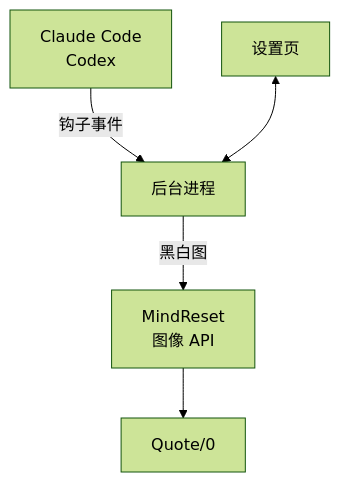
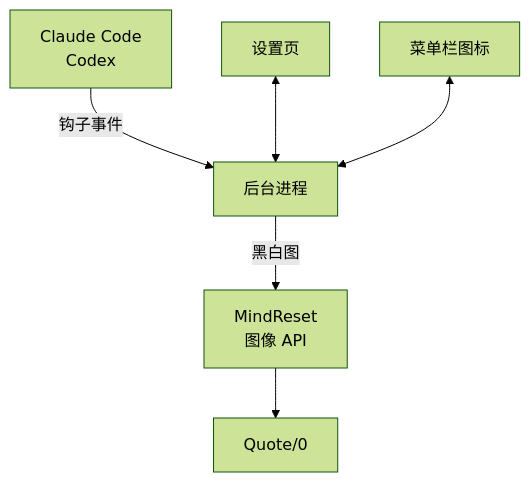
The diagram in README.md (realruian/quote0-agent-board), drawn with Mermaid (forest theme) before and after one commit. The commit also changed other lines of this file and 14 other files, not shown here.

````diff
--- a/README.md
+++ b/README.md
@@ -75,7 +76,8 @@
 ```mermaid
 flowchart TB
     A["Claude Code<br>Codex"] -- "钩子事件" --> C["后台进程"]
     C -- "黑白图" --> D["MindReset<br>图像 API"]
     D --> E["Quote/0"]
     F["设置页"] <--> C
+    G["菜单栏图标"] <--> C
 ```
````
